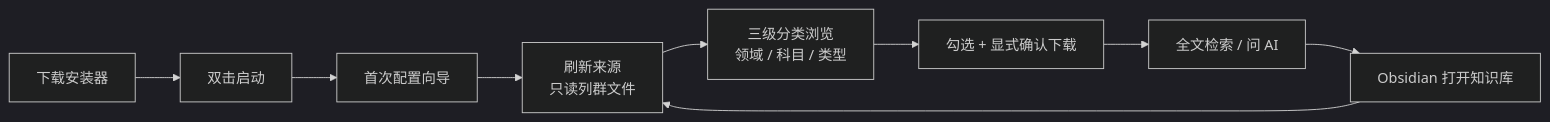
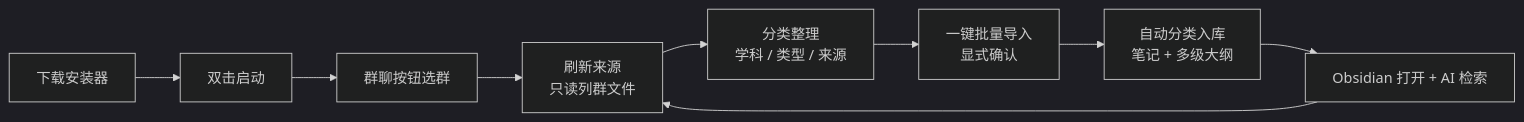
Before and after one commit to ericzou090124/ericzou-01: the diagram in docs/INSTALL.md, drawn with Mermaid (dark theme). The commit also changed other lines of this file and 21 other files, not shown here.

````diff
--- a/docs/INSTALL.md
+++ b/docs/INSTALL.md
@@ -111,11 +109,11 @@
 ```mermaid
 flowchart LR
     A[下载安装器] --> B[双击启动]
-    B --> C[首次配置向导]
+    B --> C[群聊按钮选群]
     C --> D[刷新来源<br/>只读列群文件]
-    D --> E[三级分类浏览<br/>领域 / 科目 / 类型]
-    E --> F[勾选 + 显式确认下载]
-    F --> G[全文检索 / 问 AI]
-    G --> H[Obsidian 打开知识库]
+    D --> E[分类整理<br/>学科 / 类型 / 来源]
+    E --> F[一键批量导入<br/>显式确认]
+    F --> G[自动分类入库<br/>笔记 + 多级大纲]
+    G --> H[Obsidian 打开 + AI 检索]
     H --> D
 ```
````
